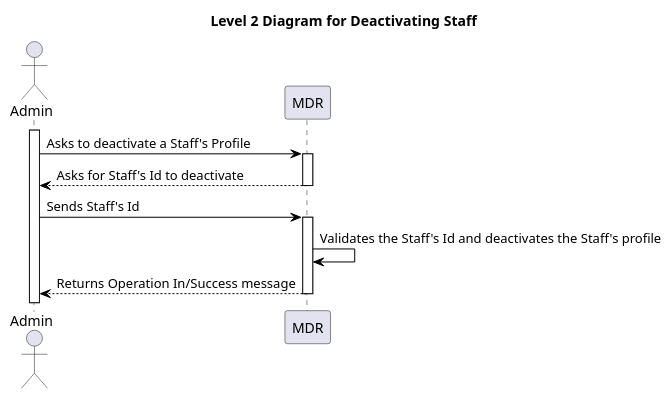
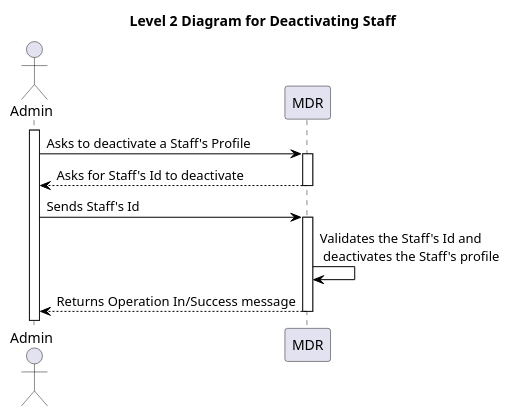
The diagram in docs/sprint_A/us_5.1.14/level_2/puml/level_2.puml (vscosousa/LAPR5_3DC_G15), drawn with PlantUML before and after one commit. The commit also changed 10 other files, not shown here.

```diff
--- a/docs/sprint_A/us_5.1.14/level_2/puml/level_2.puml
+++ b/docs/sprint_A/us_5.1.14/level_2/puml/level_2.puml
@@ -1,34 +1,34 @@
 @startuml level_2
 
 title Level 2 Diagram for Deactivating Staff
 
 hide empty members
 'skinparam Linetype ortho
 
 skinparam class {
     BackgroundColor<<valueObject>> #D6EAF8
     BackgroundColor<<root>> #FDEBD0
     BackgroundColor<<service>> #D1F2EB
     BackgroundColor #FEF9E7
     ArrowColor Black
 }
 
 skinparam package {
     BackgroundColor #EBF5FB
 }
 
 actor Admin as A
 participant "MDR" as Backoffice
 
 activate A
 A -> Backoffice: Asks to deactivate a Staff's Profile
 activate Backoffice
 Backoffice --> A: Asks for Staff's Id to deactivate
 deactivate Backoffice
 A -> Backoffice: Sends Staff's Id
 activate Backoffice
-Backoffice -> Backoffice: Validates the Staff's Id and deactivates the Staff's profile
+Backoffice -> Backoffice: Validates the Staff's Id and\n deactivates the Staff's profile
 Backoffice --> A: Returns Operation In/Success message
 deactivate Backoffice
 
 @enduml
```
